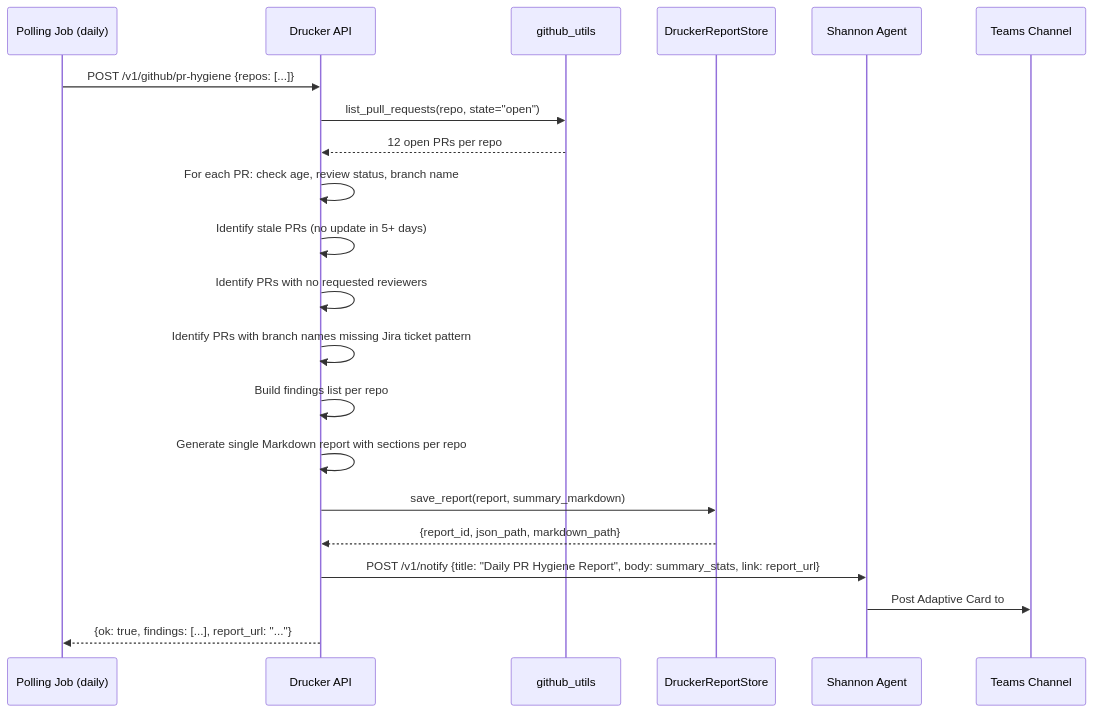
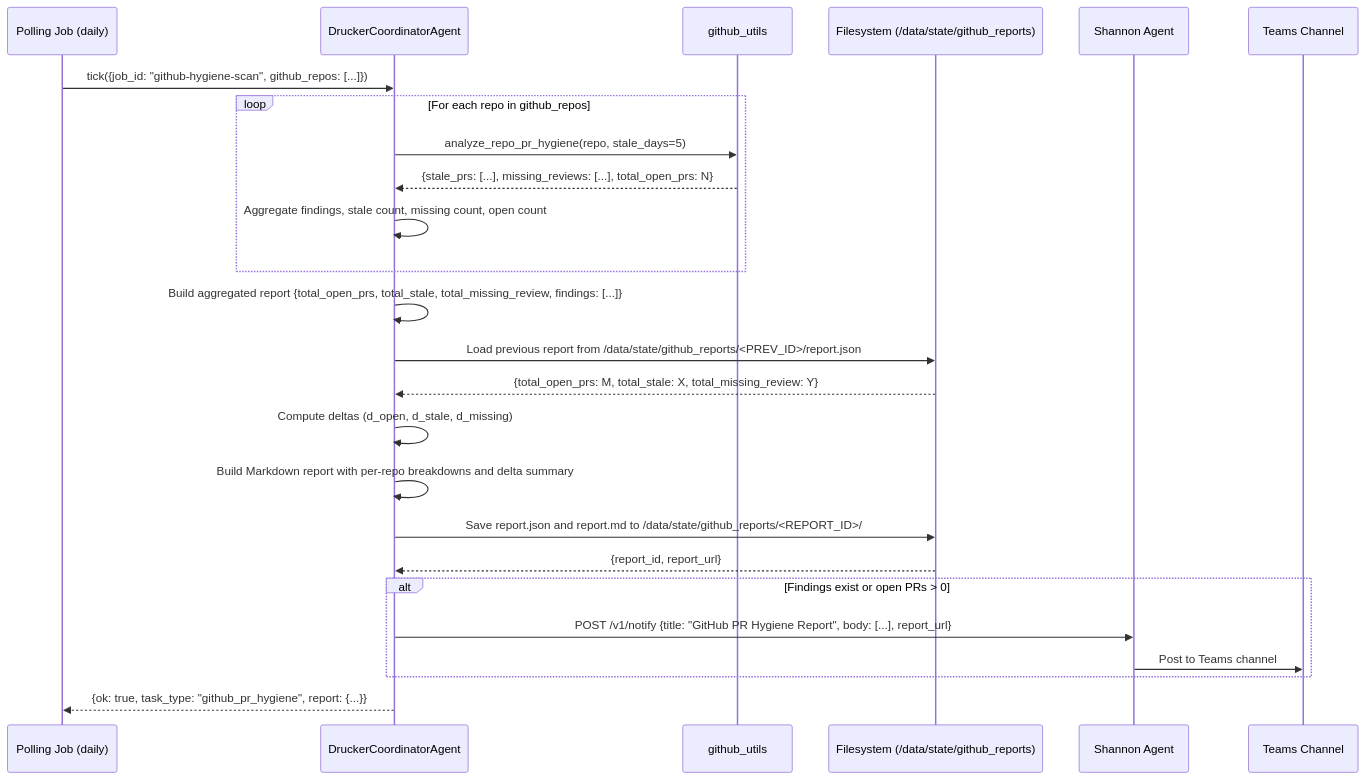
Before and after one commit to jmac-cornelis/agent-workforce: the third of 4 diagrams in agents/drucker/docs/docs.md, drawn with Mermaid. The commit also changed other lines of this file and 5 other files, not shown here.

````diff
--- a/agents/drucker/docs/docs.md
+++ b/agents/drucker/docs/docs.md
@@ -157,24 +164,28 @@
 ```mermaid
 sequenceDiagram
     participant Poller as Polling Job (daily)
-    participant API as Drucker API
+    participant Agent as DruckerCoordinatorAgent
     participant GH as github_utils
-    participant Store as DruckerReportStore
+    participant FS as Filesystem (/data/state/github_reports)
     participant Shannon as Shannon Agent
     participant Teams as Teams Channel
 
-    Poller->>API: POST /v1/github/pr-hygiene {repos: [...]}
-    API->>GH: list_pull_requests(repo, state="open")
-    GH-->>API: 12 open PRs per repo
-    API->>API: For each PR: check age, review status, branch name
-    API->>API: Identify stale PRs (no update in 5+ days)
-    API->>API: Identify PRs with no requested reviewers
-    API->>API: Identify PRs with branch names missing Jira ticket pattern
-    API->>API: Build findings list per repo
-    API->>API: Generate single Markdown report with sections per repo
-    API->>Store: save_report(report, summary_markdown)
-    Store-->>API: {report_id, json_path, markdown_path}
-    API->>Shannon: POST /v1/notify {title: "Daily PR Hygiene Report", body: summary_stats, link: report_url}
-    Shannon->>Teams: Post Adaptive Card to #agent-drucker
-    API-->>Poller: {ok: true, findings: [...], report_url: "..."}
+    Poller->>Agent: tick({job_id: "github-hygiene-scan", github_repos: [...]})
+    loop For each repo in github_repos
+        Agent->>GH: analyze_repo_pr_hygiene(repo, stale_days=5)
+        GH-->>Agent: {stale_prs: [...], missing_reviews: [...], total_open_prs: N}
+        Agent->>Agent: Aggregate findings, stale count, missing count, open count
+    end
+    Agent->>Agent: Build aggregated report {total_open_prs, total_stale, total_missing_review, findings: [...]}
+    Agent->>FS: Load previous report from /data/state/github_reports/<PREV_ID>/report.json
+    FS-->>Agent: {total_open_prs: M, total_stale: X, total_missing_review: Y}
+    Agent->>Agent: Compute deltas (d_open, d_stale, d_missing)
+    Agent->>Agent: Build Markdown report with per-repo breakdowns and delta summary
+    Agent->>FS: Save report.json and report.md to /data/state/github_reports/<REPORT_ID>/
+    FS-->>Agent: {report_id, report_url}
+    alt Findings exist or open PRs > 0
+        Agent->>Shannon: POST /v1/notify {title: "GitHub PR Hygiene Report", body: [...], report_url}
+        Shannon->>Teams: Post to Teams channel
+    end
+    Agent-->>Poller: {ok: true, task_type: "github_pr_hygiene", report: {...}}
 ```
````
